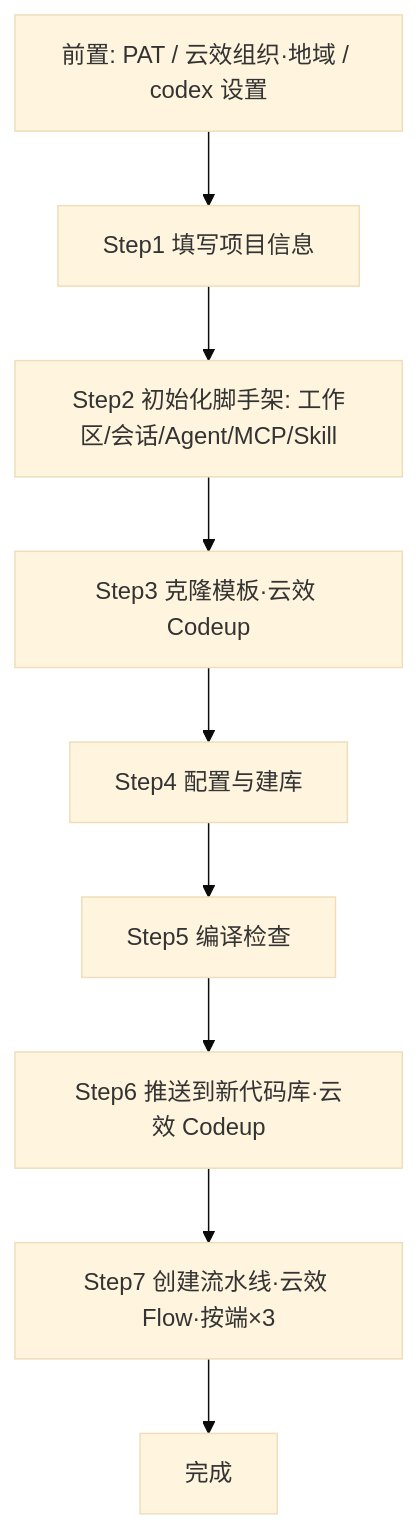
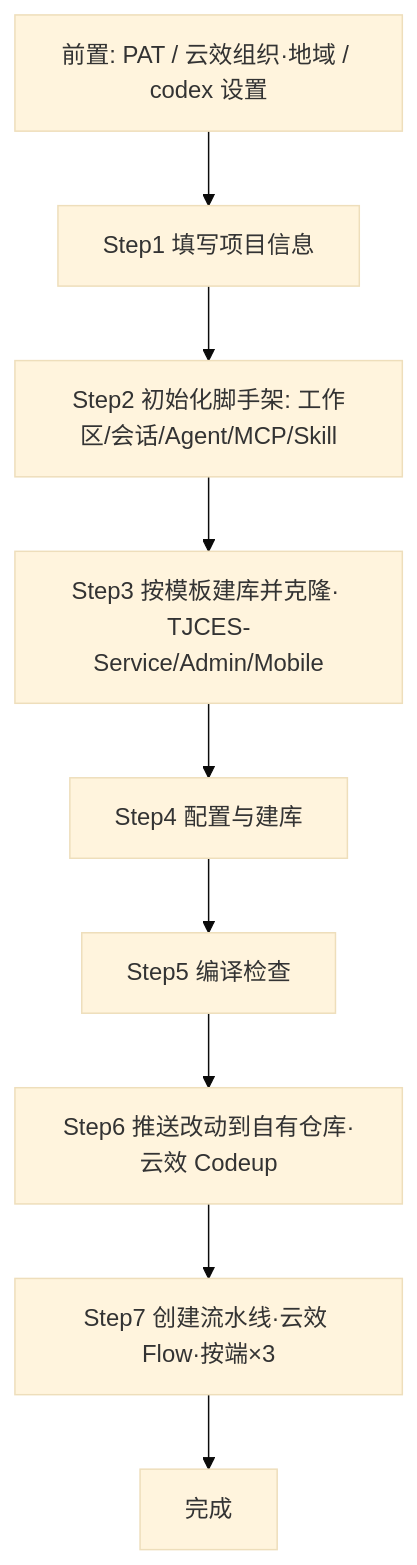
One commit to yswenli/luban-agent changed the first of 2 diagrams in docs/PRD-插件体系与新建项目插件.md. Above: the diagram before and after it, drawn with Mermaid (base theme). The commit also changed other lines of this file, not shown here.

First line of the commit message:
docs: PRD v0.12 代码库改为按 TJCES 三端模板创建·组织可见·再克隆

````diff
--- a/docs/PRD-插件体系与新建项目插件.md
+++ b/docs/PRD-插件体系与新建项目插件.md
@@ -376,11 +384,11 @@
 ```mermaid
 flowchart TD
     P[前置: PAT / 云效组织·地域 / codex 设置] --> A[Step1 填写项目信息]
     A --> B[Step2 初始化脚手架: 工作区/会话/Agent/MCP/Skill]
-    B --> C[Step3 克隆模板·云效 Codeup]
+    B --> C[Step3 按模板建库并克隆· TJCES-Service/Admin/Mobile]
     C --> D[Step4 配置与建库]
     D --> E[Step5 编译检查]
-    E --> F[Step6 推送到新代码库·云效 Codeup]
+    E --> F[Step6 推送改动到自有仓库·云效 Codeup]
     F --> G[Step7 创建流水线·云效 Flow·按端×3]
     G --> H[完成]
 ```
````
